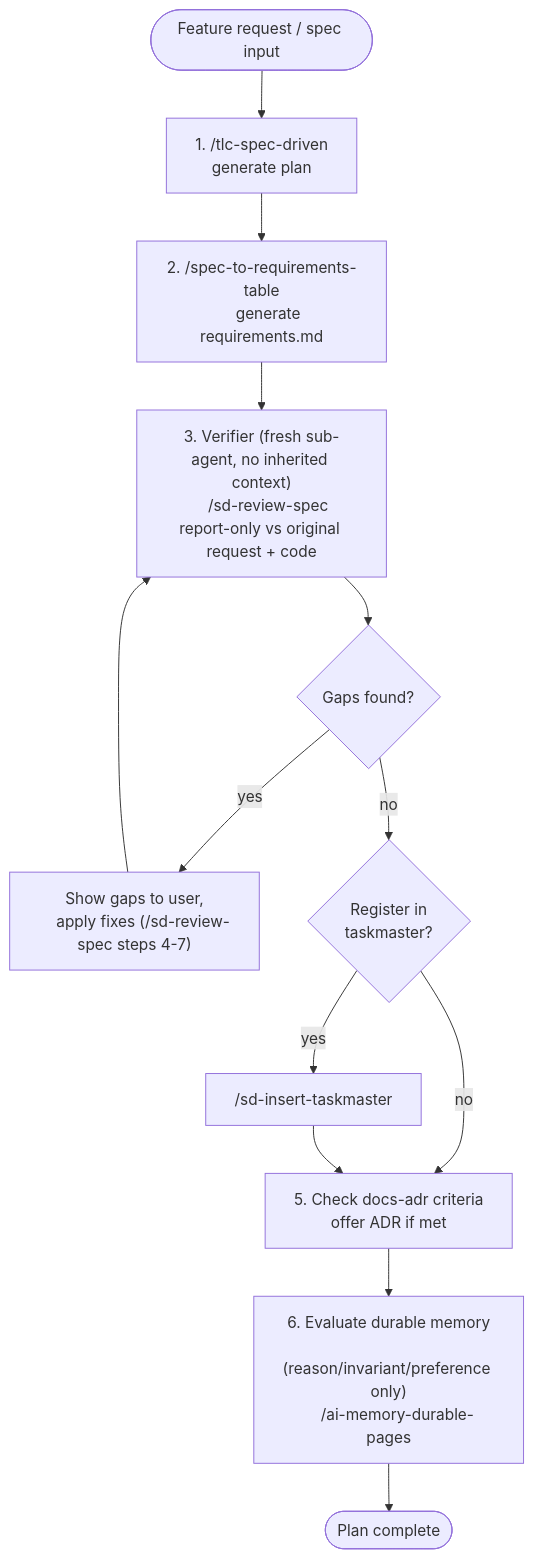
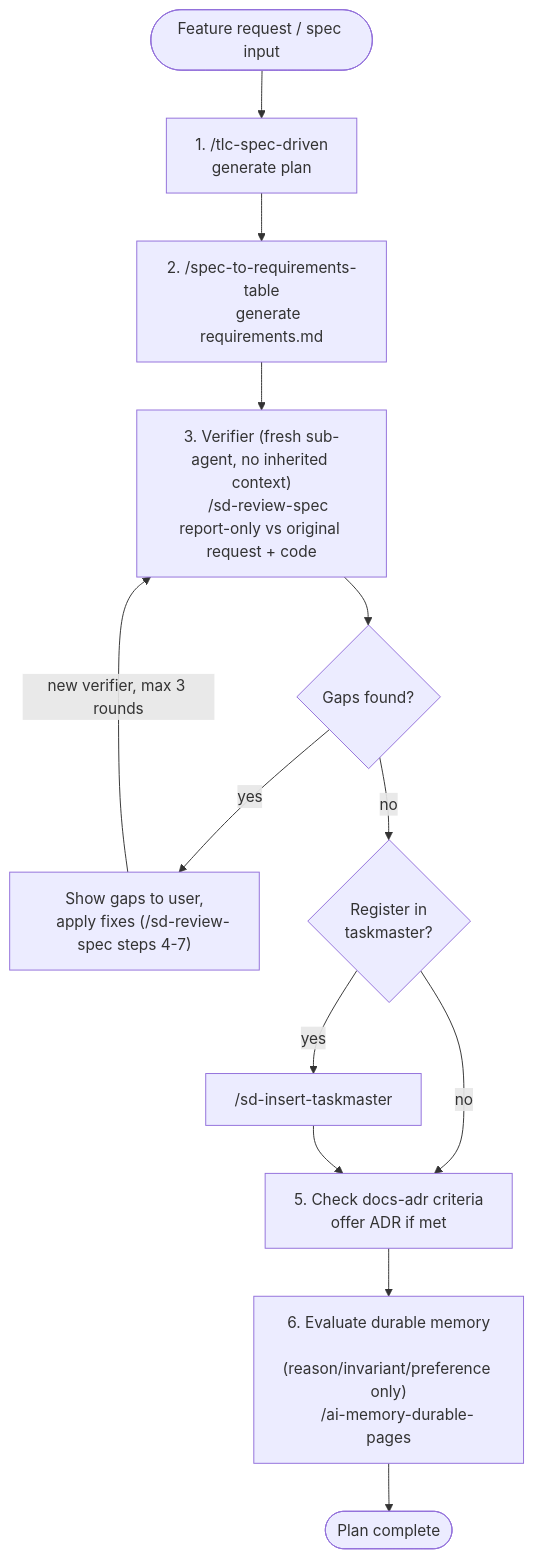
Before and after one commit to Ronnasayd/aipp: the diagram in skills/sd-planning/references/diagram.md, drawn with Mermaid. The commit also changed 1 other file, not shown here.

Commit message:
feat(sd-planning): loop verifier pass until zero gaps
Re-run the verifier after each fix round with a new fresh sub-agent, passing settled.md so declined findings are not reopened. Stop at zero gaps or after 3 rounds, then escalate remaining findings to the user. Update the planning diagram edge label to match.

````diff
--- a/skills/sd-planning/references/diagram.md
+++ b/skills/sd-planning/references/diagram.md
@@ -3,23 +3,23 @@
 ```mermaid
 flowchart TD
     Start([Feature request / spec input]) --> B["1. /tlc-spec-driven
     generate plan"]
     B --> C["2. /spec-to-requirements-table
     generate requirements.md"]
     C --> V["3. Verifier (fresh sub-agent, no inherited context)
     /sd-review-spec report-only vs original request + code"]
     V --> V2{"Gaps found?"}
     V2 -- yes --> V3["Show gaps to user,
     apply fixes (/sd-review-spec steps 4-7)"]
-    V3 --> V
+    V3 -- "new verifier, max 3 rounds" --> V
     V2 -- no --> D{"Register in
     taskmaster?"}
     D -- yes --> E["/sd-insert-taskmaster"]
     D -- no --> F
     E --> F["5. Check docs-adr criteria
     offer ADR if met"]
     F --> G["6. Evaluate durable memory
     (reason/invariant/preference only)
     /ai-memory-durable-pages"]
     G --> End([Plan complete])
 ```
````
